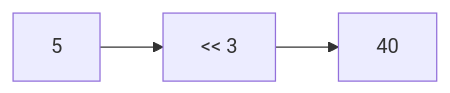
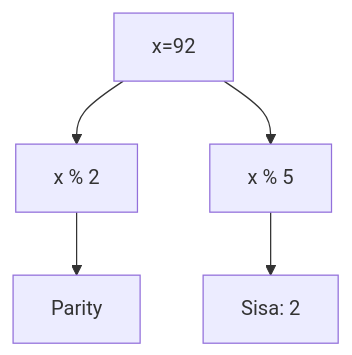
One commit to amnahwaida/OSNK_INF_PREP changed diagram 14 of 25 in part-c-pemahaman-cpp/06-bitwise/latihan/set-07.md. Above: the diagram before and after it, drawn with Mermaid. The commit also changed other lines of this file and 71 other files, not shown here.

````diff
--- a/part-c-pemahaman-cpp/06-bitwise/latihan/set-07.md
+++ b/part-c-pemahaman-cpp/06-bitwise/latihan/set-07.md
@@ -398,5 +416,7 @@
 ```mermaid
-graph LR
-    A[5] --> B["<< 3"]
-    B --> C[40]
+graph TD
+A[x=92] --> B[x % 2]
+B --> C[Parity]
+A --> D[x % 5]
+D --> E[Sisa: 2]
 ```
````
